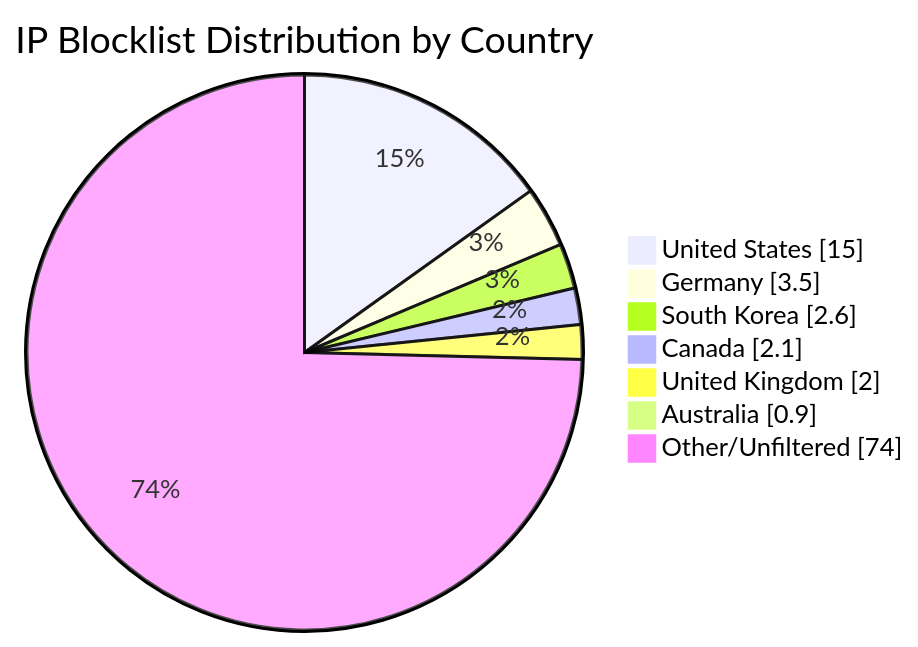
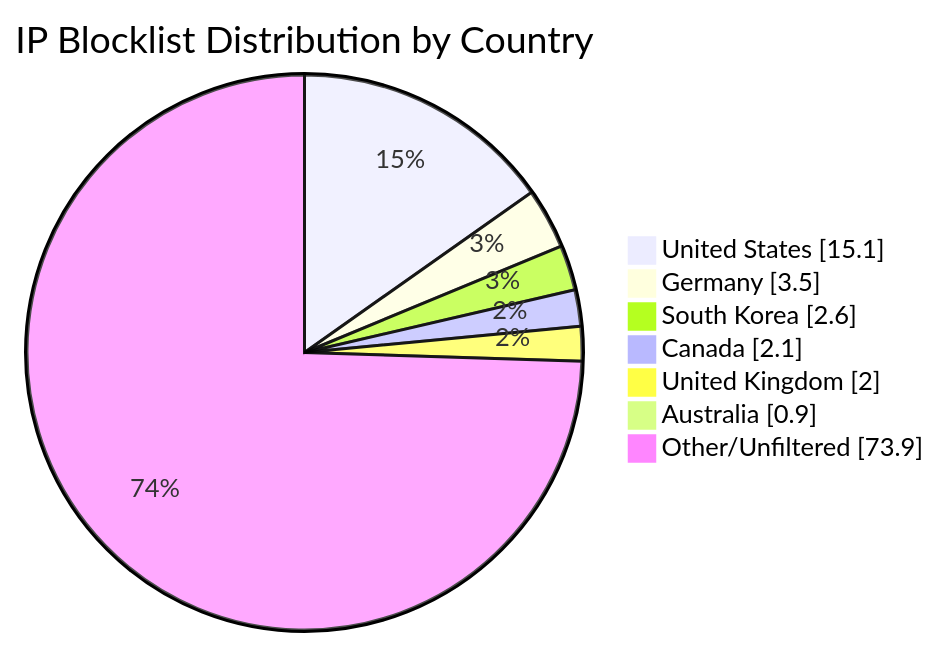
Before and after one commit to MarcusHoltz/ipblocklist-geofiltered-aggregator: the diagram in README.md, drawn with Mermaid. The commit also changed other lines of this file and 9 other files, not shown here.

````diff
--- a/README.md
+++ b/README.md
@@ -34,10 +34,10 @@
 ```mermaid
 pie showData title IP Blocklist Distribution by Country
-"United States" : 15.0
+"United States" : 15.1
 "Germany" : 3.5
 "South Korea" : 2.6
 "Canada" : 2.1
 "United Kingdom" : 2.0
 "Australia" : 0.9
-"Other/Unfiltered" : 74.0
+"Other/Unfiltered" : 73.9
 ```
````
